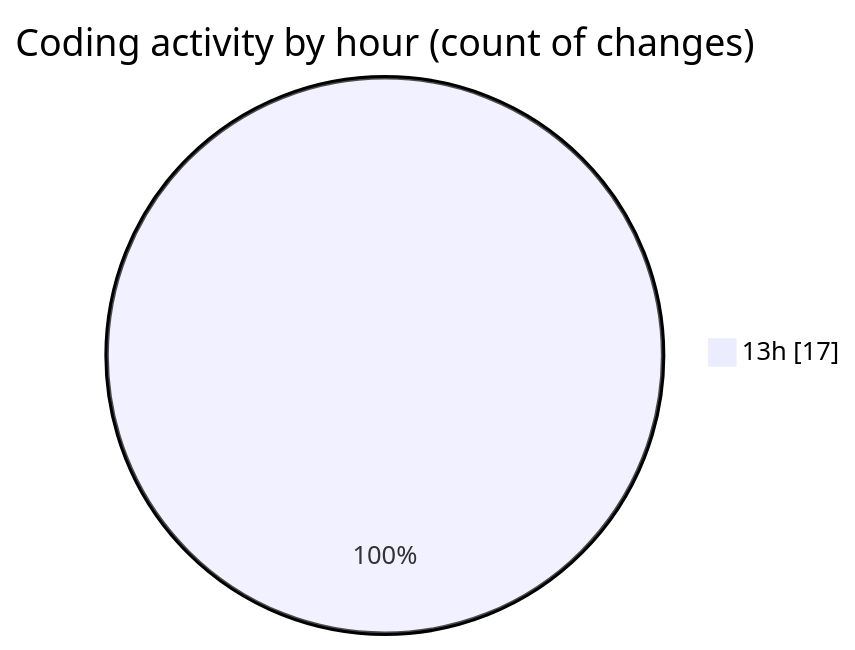
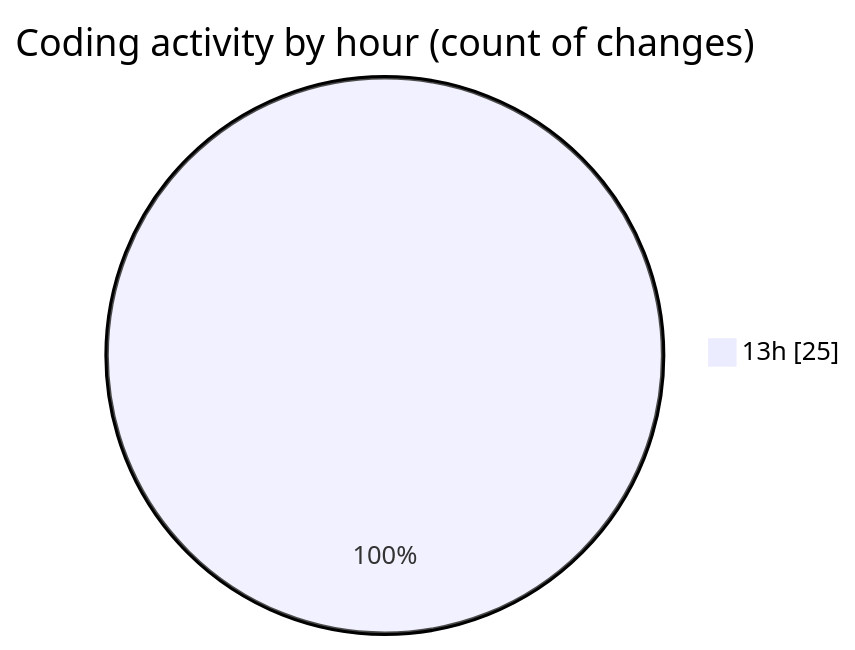
One commit to lephambinh05/code-tracking changed the second of 2 diagrams in 2025-09-13/hiai-phf/README.md. Above: the diagram before and after it, drawn with Mermaid. The commit also changed other lines of this file and 1 other file, not shown here.

````diff
--- a/2025-09-13/hiai-phf/README.md
+++ b/2025-09-13/hiai-phf/README.md
@@ -33,5 +36,5 @@
 ```mermaid
 pie showData
 title Coding activity by hour (count of changes)
-"13h" : 17
+"13h" : 25
 ```
````
